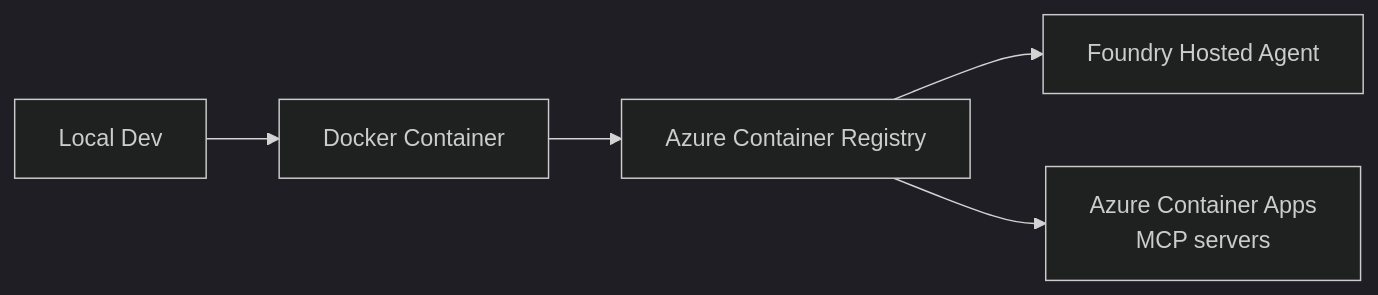
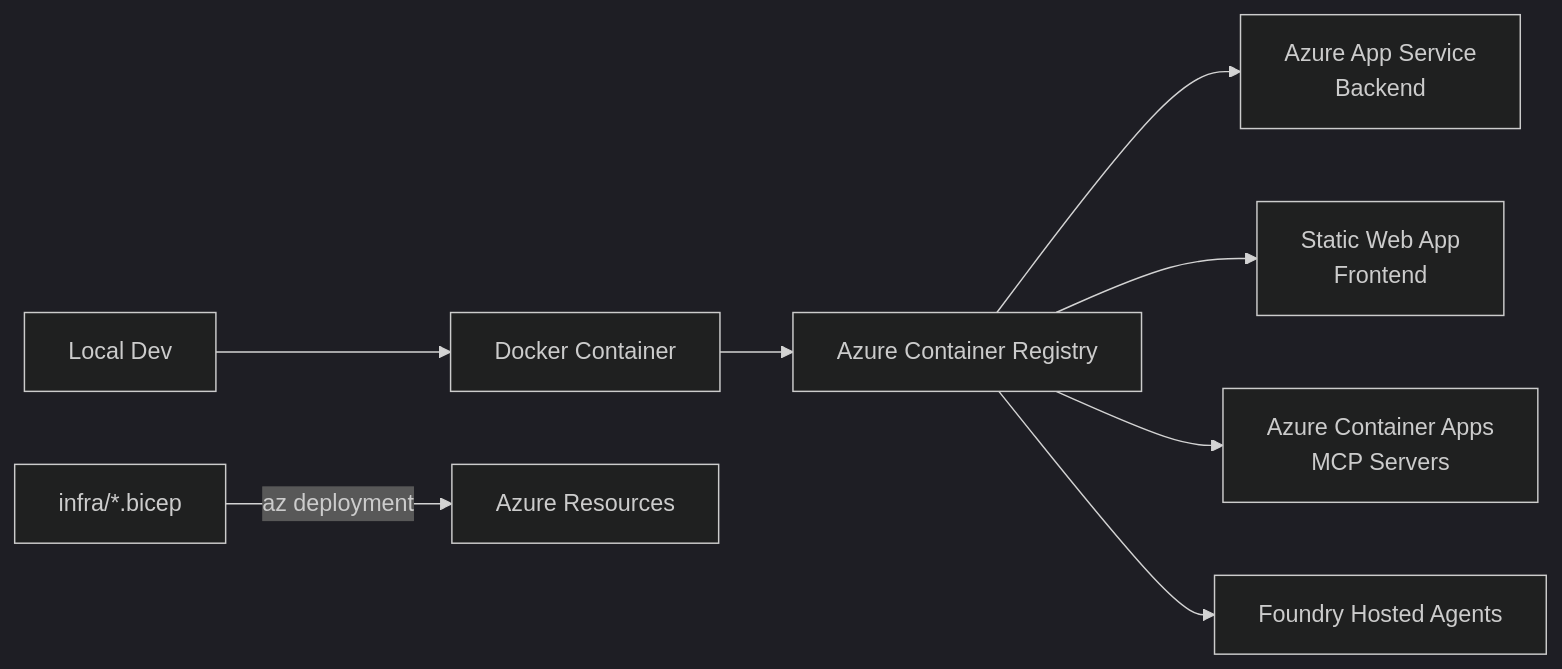
One commit to Jamil100/InfraAgent changed the first of 2 diagrams in docs/deployment.md. Above: the diagram before and after it, drawn with Mermaid (dark theme). The commit also changed other lines of this file and 7 other files, not shown here.

````diff
--- a/docs/deployment.md
+++ b/docs/deployment.md
@@ -5,7 +5,10 @@
 ```mermaid
 graph LR
     Local[Local Dev] --> Docker[Docker Container]
     Docker --> ACR[Azure Container Registry]
-    ACR --> Foundry[Foundry Hosted Agent]
-    ACR --> ACA[Azure Container Apps\nMCP servers]
+    ACR --> AppService[Azure App Service\nBackend]
+    ACR --> SWA[Static Web App\nFrontend]
+    ACR --> ACA[Azure Container Apps\nMCP Servers]
+    ACR --> Foundry[Foundry Hosted Agents]
+    Bicep[infra/*.bicep] -->|az deployment| Azure[Azure Resources]
 ```
````
